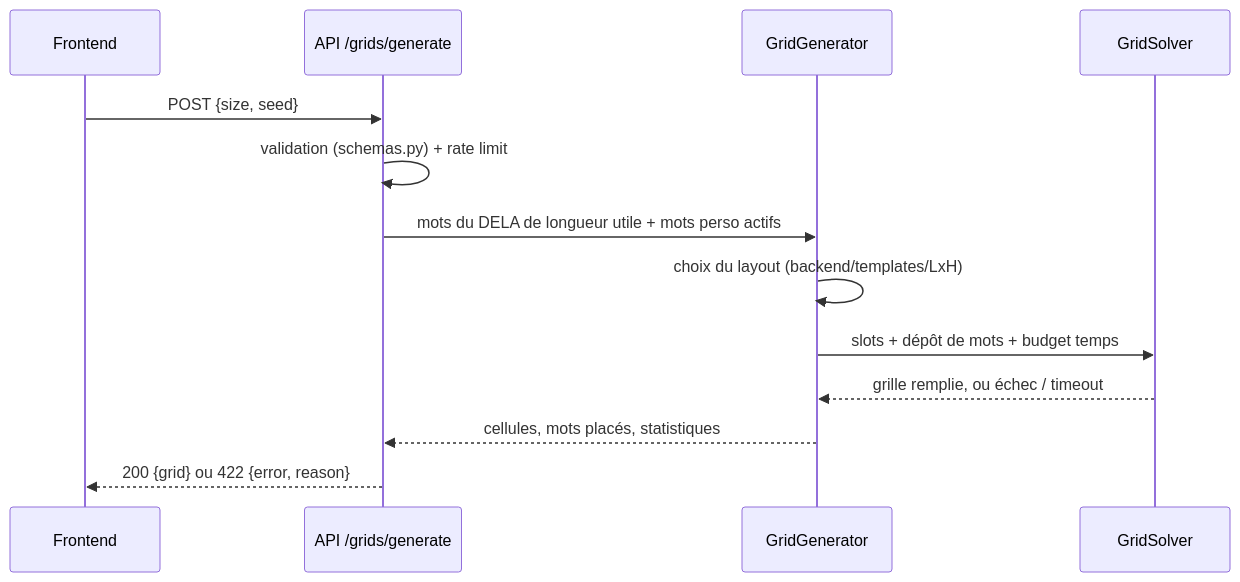
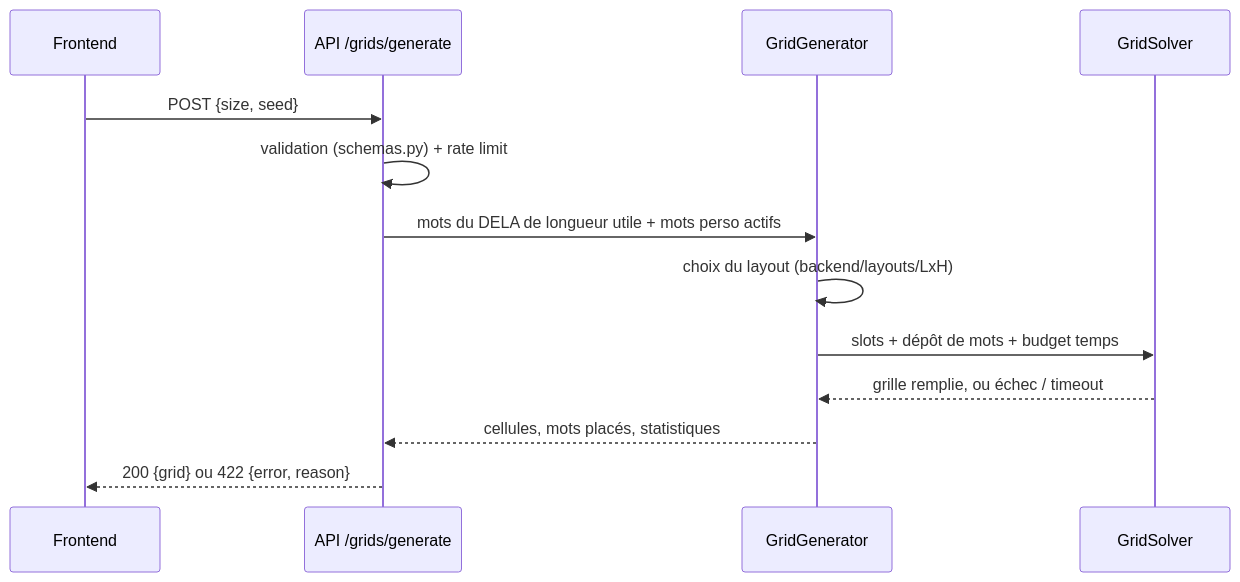
One commit to maximefd/terminator-app changed the third of 3 diagrams in docs/ARCHITECTURE.md. Above: the diagram before and after it, drawn with Mermaid. The commit also changed other lines of this file and 27 other files, not shown here.

First line of the commit message:
feat(layouts): layout format v1 (x / -) in backend/layouts

````diff
--- a/docs/ARCHITECTURE.md
+++ b/docs/ARCHITECTURE.md
@@ -98,15 +98,15 @@
 ```mermaid
 sequenceDiagram
     participant F as Frontend
     participant A as API /grids/generate
     participant G as GridGenerator
     participant S as GridSolver
     F->>A: POST {size, seed}
     A->>A: validation (schemas.py) + rate limit
     A->>G: mots du DELA de longueur utile + mots perso actifs
-    G->>G: choix du layout (backend/templates/LxH)
+    G->>G: choix du layout (backend/layouts/LxH)
     G->>S: slots + dépôt de mots + budget temps
     S-->>G: grille remplie, ou échec / timeout
     G-->>A: cellules, mots placés, statistiques
     A-->>F: 200 {grid} ou 422 {error, reason}
 ```
````
